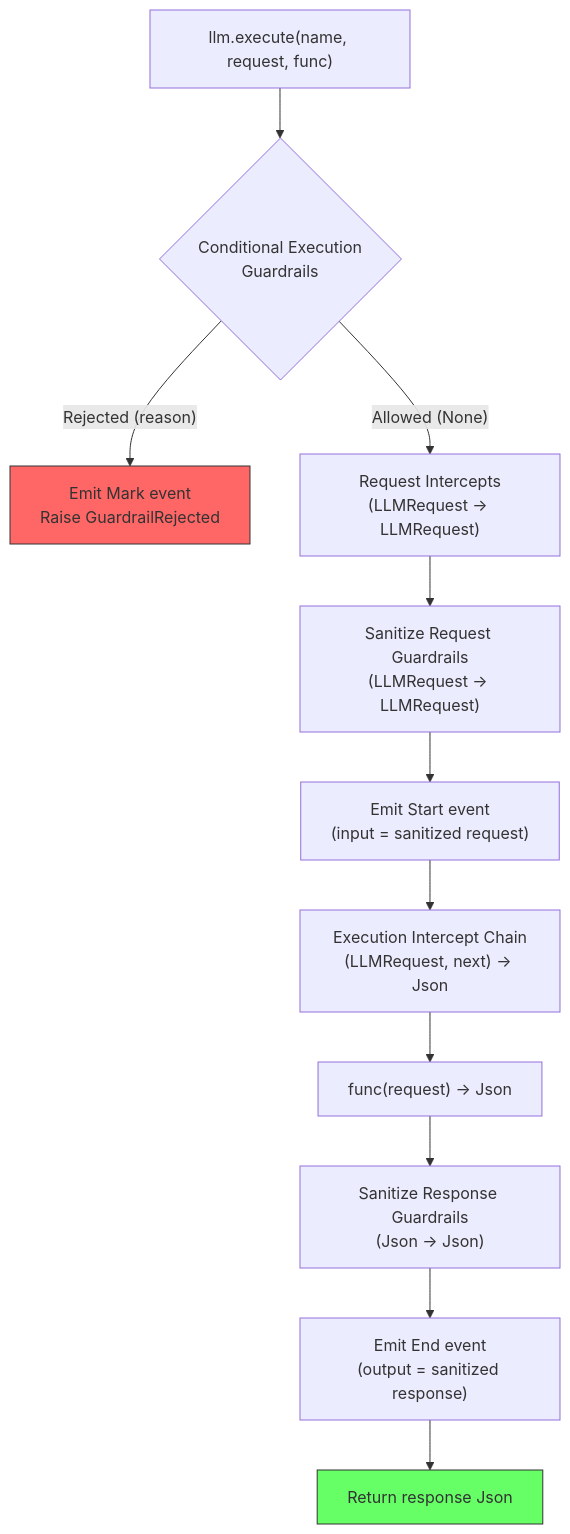
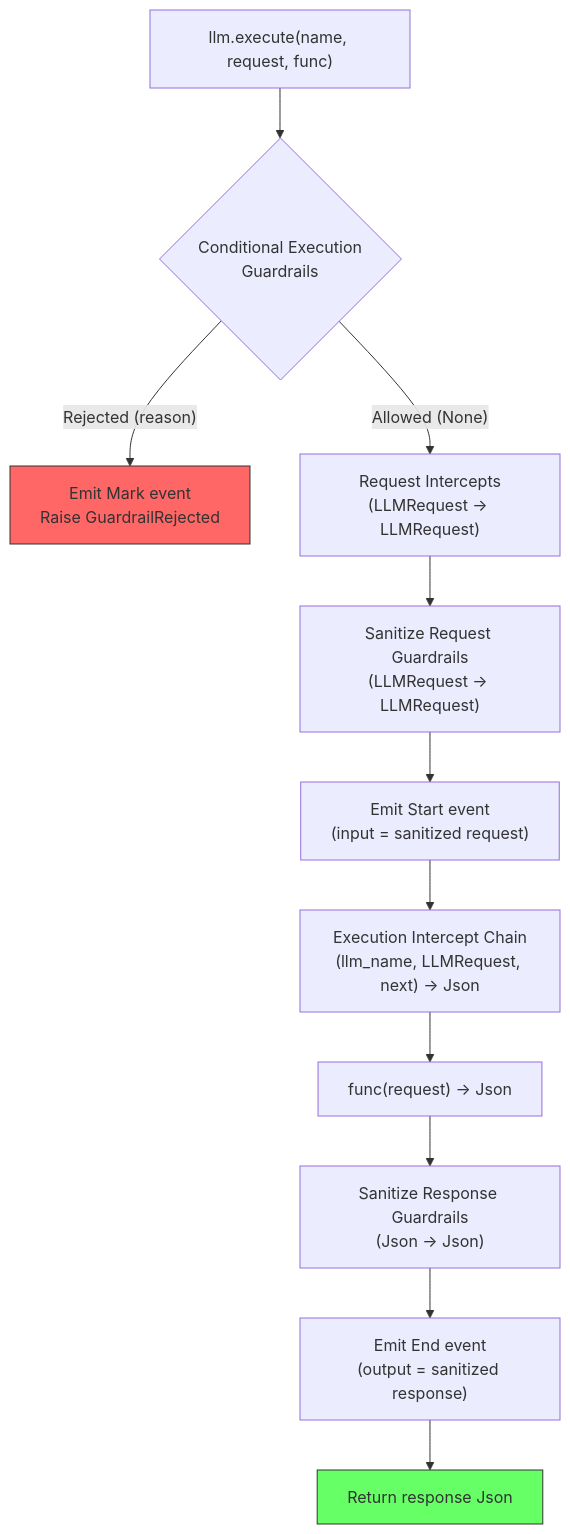
One commit to NVIDIA/NeMo-Relay changed the second of 3 diagrams in docs/middleware-pipeline.md. Above: the diagram before and after it, drawn with Mermaid. The commit also changed other lines of this file and 35 other files, not shown here.

````diff
--- a/docs/middleware-pipeline.md
+++ b/docs/middleware-pipeline.md
@@ -52,16 +52,16 @@
 ```mermaid
 flowchart TD
     A["llm.execute(name, request, func)"] --> B{Conditional Execution<br/>Guardrails}
     B -->|"Rejected (reason)"| C["Emit Mark event<br/>Raise GuardrailRejected"]
     B -->|"Allowed (None)"| D["Request Intercepts<br/>(LLMRequest → LLMRequest)"]
     D --> E["Sanitize Request Guardrails<br/>(LLMRequest → LLMRequest)"]
     E --> F["Emit Start event<br/>(input = sanitized request)"]
-    F --> G["Execution Intercept Chain<br/>(LLMRequest, next) → Json"]
+    F --> G["Execution Intercept Chain<br/>(llm_name, LLMRequest, next) → Json"]
     G --> H["func(request) → Json"]
     H --> I["Sanitize Response Guardrails<br/>(Json → Json)"]
     I --> J["Emit End event<br/>(output = sanitized response)"]
     J --> K[Return response Json]
 
     style C fill:#f66,stroke:#333
     style K fill:#6f6,stroke:#333
 ```
````
